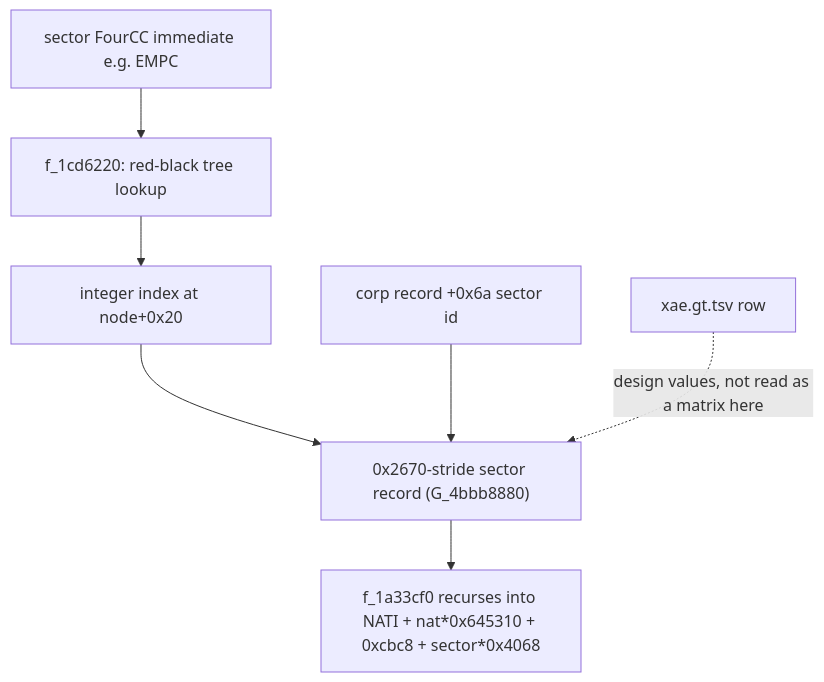
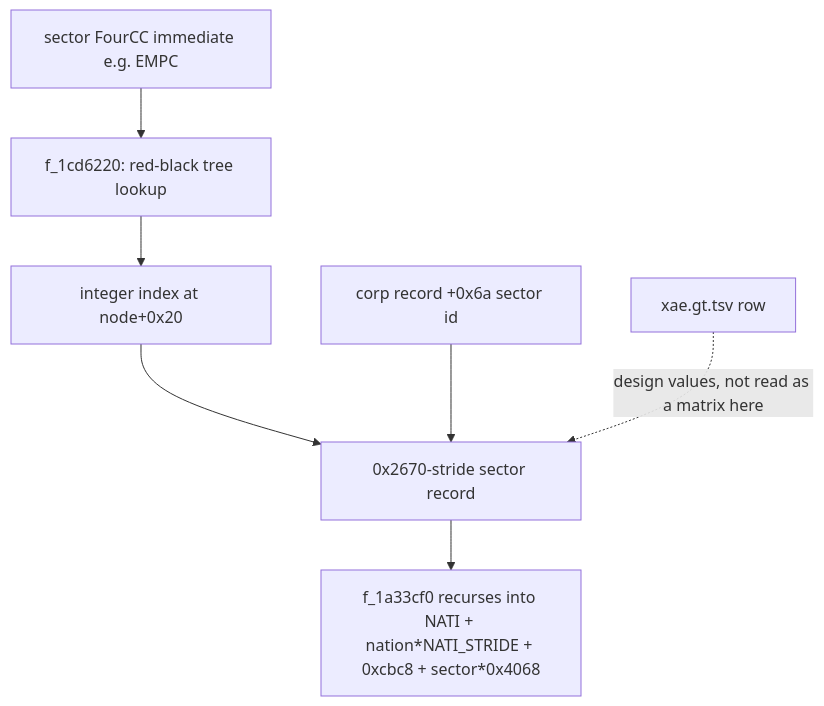
Before and after one commit to CthulhuOnIce/GPS-Docs: the fourth of 8 diagrams in 02_ECONOMY.md, drawn with Mermaid. The commit also changed other lines of this file and 5 other files, not shown here.

````diff
--- a/02_ECONOMY.md
+++ b/02_ECONOMY.md
@@ -326,9 +401,9 @@
 ```mermaid
 flowchart TD
     CODE["sector FourCC immediate e.g. EMPC"] --> MAP["f_1cd6220: red-black tree lookup"]
     MAP --> IDX["integer index at node+0x20"]
-    IDX --> SEC["0x2670-stride sector record (G_4bbb8880)"]
+    IDX --> SEC["0x2670-stride sector record"]
     CORP["corp record +0x6a sector id"] --> SEC
-    SEC --> F1["f_1a33cf0 recurses into NATI + nat*0x645310 + 0xcbc8 + sector*0x4068"]
+    SEC --> F1["f_1a33cf0 recurses into NATI + nation*NATI_STRIDE + 0xcbc8 + sector*0x4068"]
     DATA["xae.gt.tsv row"] -.->|"design values, not read as a matrix here"| SEC
 ```
````
